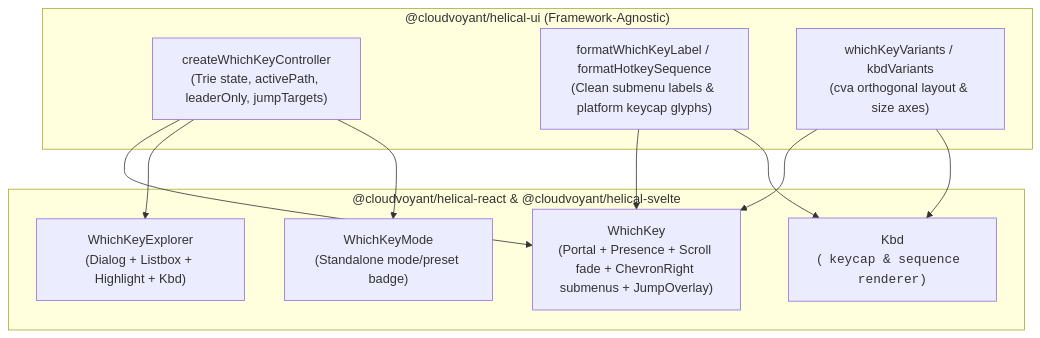
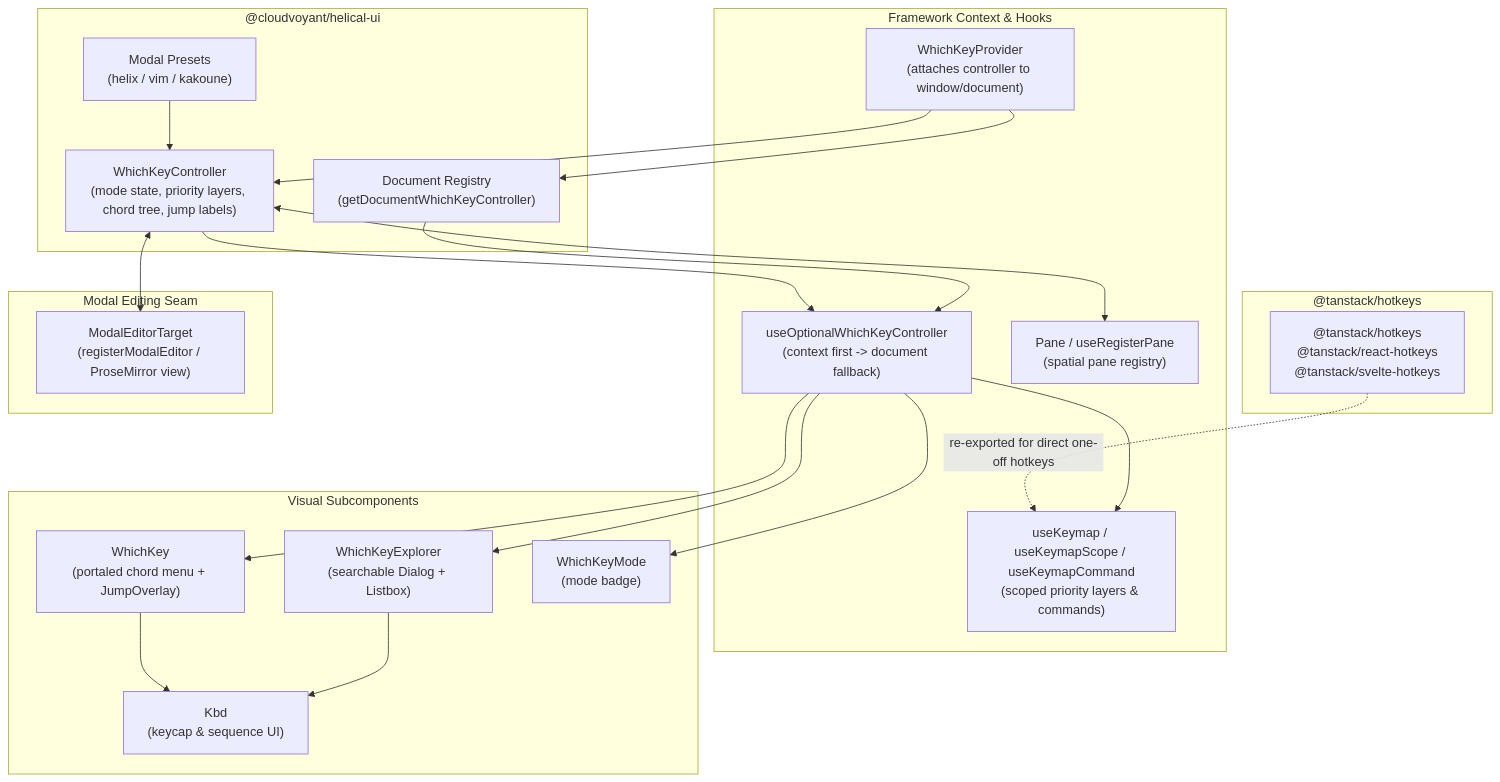
One commit to cloudvoyant/helical-ui changed the first of 4 diagrams in docs/architecture/components/which-key.md. Above: the diagram before and after it, drawn with Mermaid. The commit also changed other lines of this file and 20 other files, not shown here.

First line of the commit message:
feat(which-key): add scoped priority keymaps and fallthrough (#38)

````diff
--- a/docs/architecture/components/which-key.md
+++ b/docs/architecture/components/which-key.md
@@ -40,23 +18,45 @@
 ```mermaid
 flowchart TD
-  subgraph Core["@cloudvoyant/helical-ui (Framework-Agnostic)"]
-    Ctrl["createWhichKeyController\n(Trie state, activePath, leaderOnly, jumpTargets)"]
-    Fmt["formatWhichKeyLabel / formatHotkeySequence\n(Clean submenu labels & platform keycap glyphs)"]
-    Variants["whichKeyVariants / kbdVariants\n(cva orthogonal layout & size axes)"]
+  subgraph TanStack["@tanstack/hotkeys"]
+    TH["@tanstack/hotkeys\n@tanstack/react-hotkeys\n@tanstack/svelte-hotkeys"]
   end
 
-  subgraph UI["@cloudvoyant/helical-react & @cloudvoyant/helical-svelte"]
-    WK["WhichKey\n(Portal + Presence + Scroll fade + ChevronRight submenus + JumpOverlay)"]
-    Exp["WhichKeyExplorer\n(Dialog + Listbox + Highlight + Kbd)"]
-    Mode["WhichKeyMode\n(Standalone mode/preset badge)"]
-    KbdComp["Kbd\n(<kbd> keycap & sequence renderer)"]
+  subgraph Core["@cloudvoyant/helical-ui"]
+    Ctrl["WhichKeyController\n(mode state, priority layers, chord tree, jump labels)"]
+    DocReg["Document Registry\n(getDocumentWhichKeyController)"]
+    Presets["Modal Presets\n(helix / vim / kakoune)"]
   end
 
-  Ctrl --> WK
-  Ctrl --> Exp
-  Ctrl --> Mode
-  Fmt --> WK
-  Fmt --> KbdComp
-  Variants --> WK
-  Variants --> KbdComp
+  subgraph Hooks["Framework Context & Hooks"]
+    Provider["WhichKeyProvider\n(attaches controller to window/document)"]
+    OptCtrl["useOptionalWhichKeyController\n(context first -> document fallback)"]
+    Keymap["useKeymap / useKeymapScope / useKeymapCommand\n(scoped priority layers & commands)"]
+    PaneHook["Pane / useRegisterPane\n(spatial pane registry)"]
+  end
+
+  subgraph Subcomponents["Visual Subcomponents"]
+    WK["WhichKey\n(portaled chord menu + JumpOverlay)"]
+    Exp["WhichKeyExplorer\n(searchable Dialog + Listbox)"]
+    Mode["WhichKeyMode\n(mode badge)"]
+    KbdComp["Kbd\n(keycap & sequence UI)"]
+  end
+
+  subgraph Editor["Modal Editing Seam"]
+    Target["ModalEditorTarget\n(registerModalEditor / ProseMirror view)"]
+  end
+
+  TH -. "re-exported for direct one-off hotkeys" .-> Keymap
+  Presets --> Ctrl
+  Provider --> Ctrl
+  Provider --> DocReg
+  Ctrl --> OptCtrl
+  DocReg --> OptCtrl
+  OptCtrl --> Keymap
+  OptCtrl --> WK
+  OptCtrl --> Exp
+  OptCtrl --> Mode
+  Ctrl <--> PaneHook
+  Ctrl <--> Target
+  WK --> KbdComp
+  Exp --> KbdComp
 ```
````
